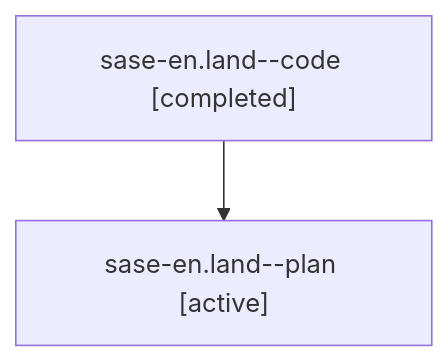
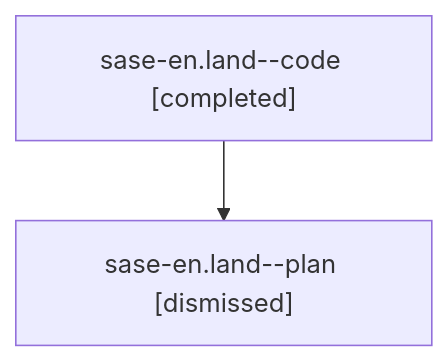
The diagram in sessions/bbugyi200.athena.sase-en.land.md (sase-org/sase--agents), drawn with Mermaid before and after one commit. The commit also changed other lines of this file and 60 other files, not shown here.

````diff
--- a/sessions/bbugyi200.athena.sase-en.land.md
+++ b/sessions/bbugyi200.athena.sase-en.land.md
@@ -9,6 +9,6 @@
 ```mermaid
 flowchart TD
   n0["sase-en.land--code [completed]"]
-  n1["sase-en.land--plan [active]"]
+  n1["sase-en.land--plan [dismissed]"]
   n0 --> n1
 ```
````
